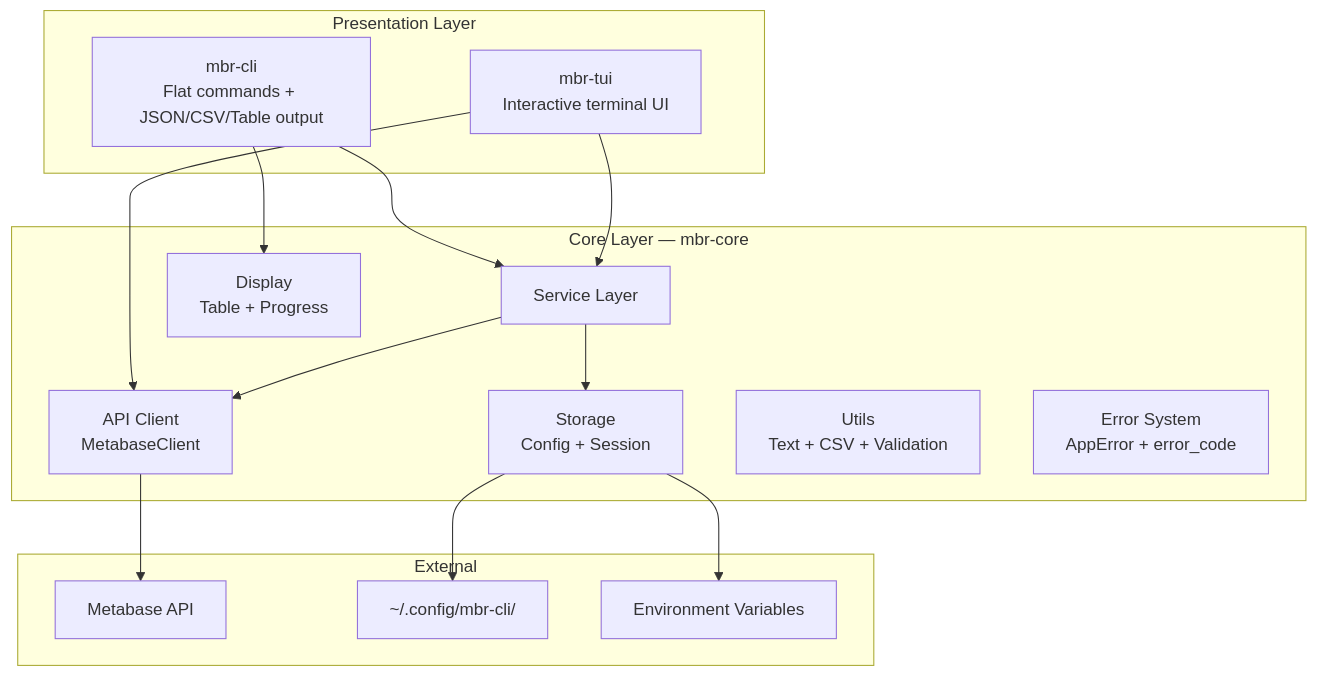
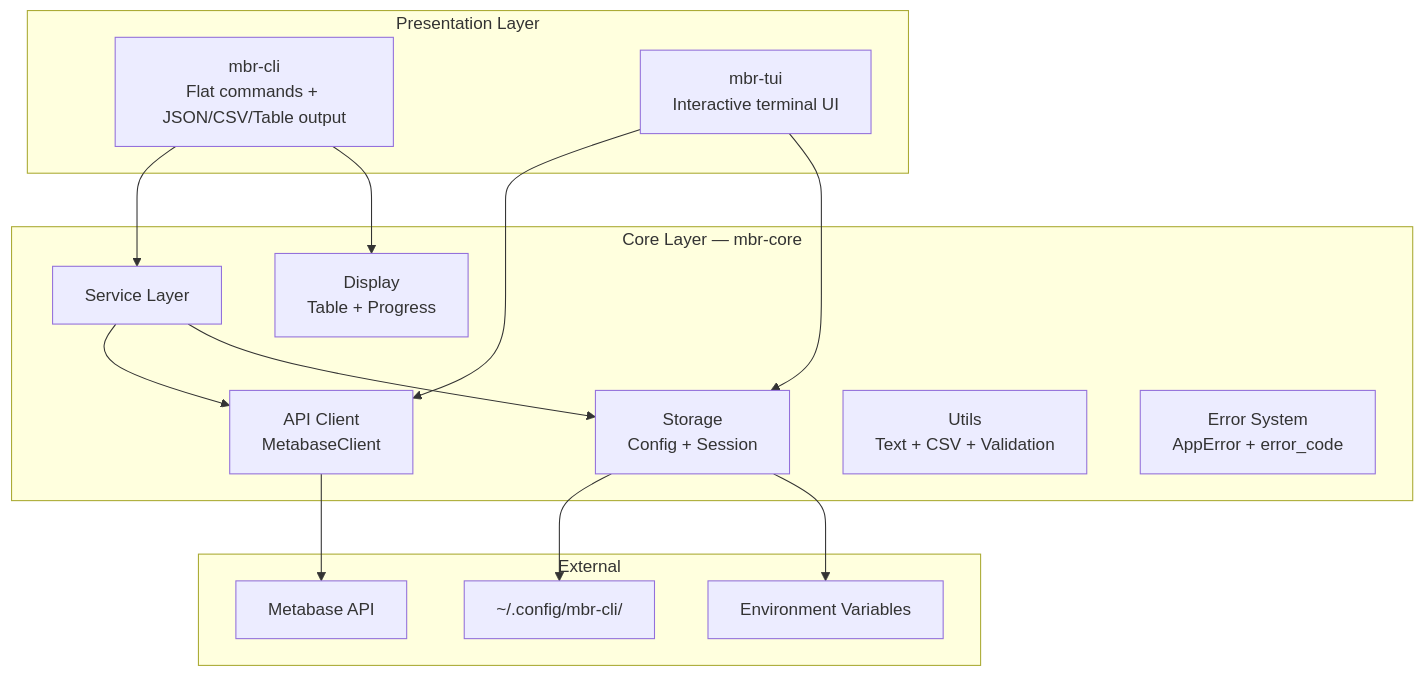
One commit to daisuke8000/mbr-cli changed the first of 6 diagrams in ARCHITECTURE.md. Above: the diagram before and after it, drawn with Mermaid. The commit also changed other lines of this file, not shown here.

First line of the commit message:
docs: fix ARCHITECTURE review findings

````diff
--- a/ARCHITECTURE.md
+++ b/ARCHITECTURE.md
@@ -5,34 +5,34 @@
 ```mermaid
 graph TB
     subgraph Presentation["Presentation Layer"]
         CLI[mbr-cli<br/>Flat commands + JSON/CSV/Table output]
         TUI[mbr-tui<br/>Interactive terminal UI]
     end
 
     subgraph Core["Core Layer — mbr-core"]
         Services[Service Layer]
         API[API Client<br/>MetabaseClient]
         Storage[Storage<br/>Config + Session]
         Display[Display<br/>Table + Progress]
         Utils[Utils<br/>Text + CSV + Validation]
         Error[Error System<br/>AppError + error_code]
     end
 
     subgraph External["External"]
         Metabase[Metabase API]
         FS[~/.config/mbr-cli/]
         Env[Environment Variables]
     end
 
     CLI --> Services
     CLI --> Display
-    TUI --> Services
     TUI --> API
+    TUI --> Storage
 
     Services --> API
     Services --> Storage
 
     API --> Metabase
     Storage --> FS
     Storage --> Env
 ```
````
